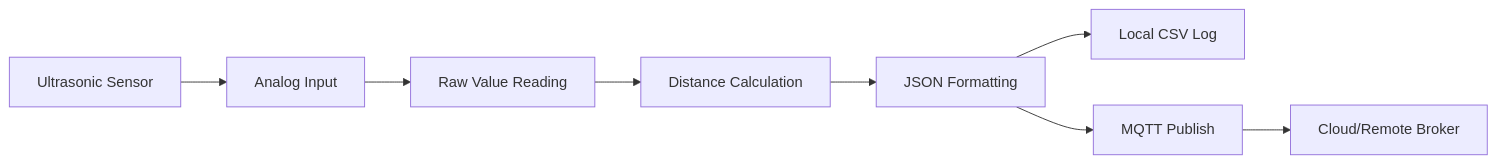
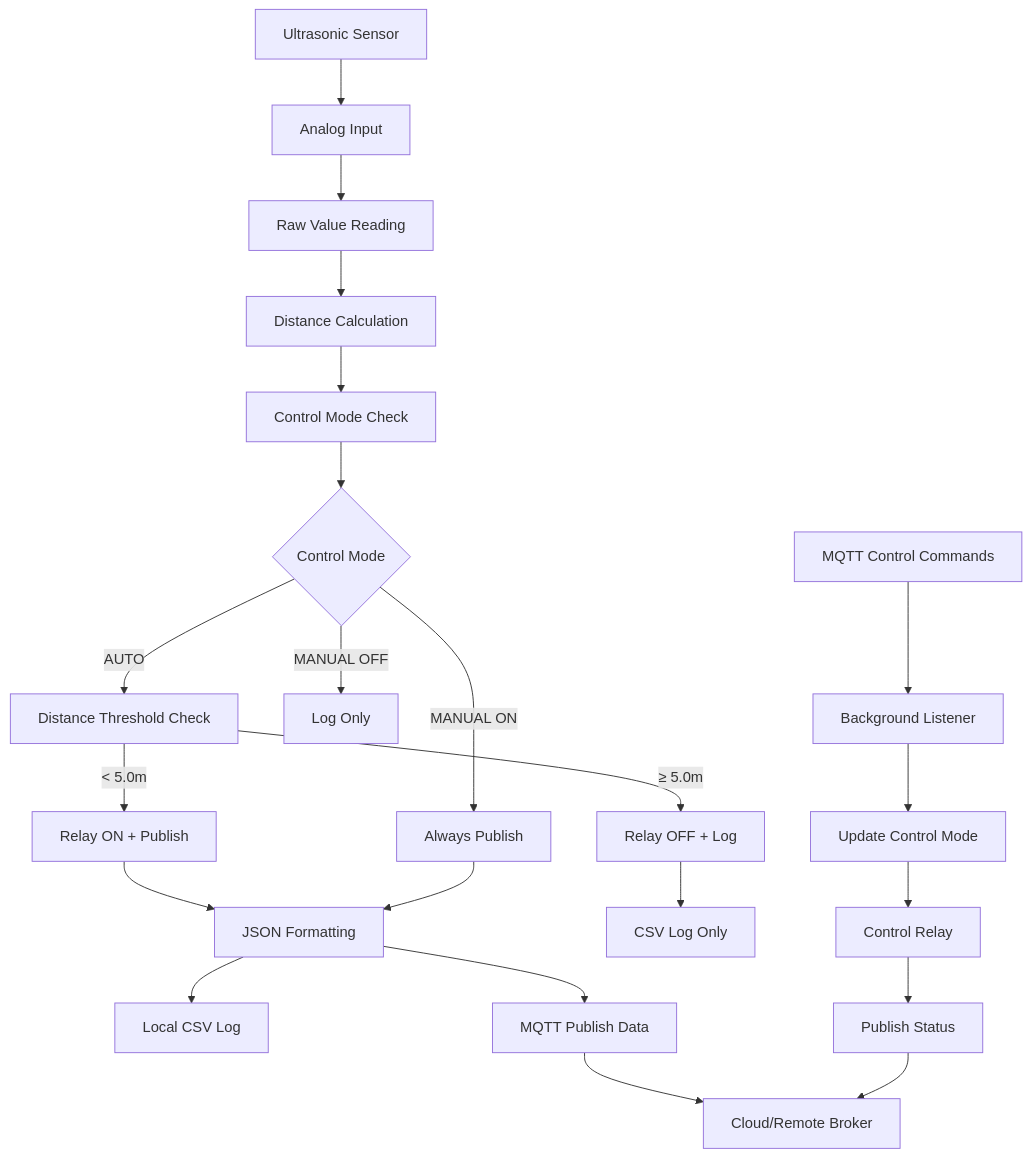
Before and after one commit to hanifr/maxbotic-ultrasonic-rpi-analog-cm4: the diagram in README.md, drawn with Mermaid. The commit also changed other lines of this file, not shown here.

````diff
--- a/README.md
+++ b/README.md
@@ -266,10 +360,30 @@
 ```mermaid
-graph LR
+graph TD
     A[Ultrasonic Sensor] --> B[Analog Input]
     B --> C[Raw Value Reading]
     C --> D[Distance Calculation]
-    D --> E[JSON Formatting]
-    E --> F[Local CSV Log]
-    E --> G[MQTT Publish]
-    G --> H[Cloud/Remote Broker]
+    D --> E[Control Mode Check]
+    
+    E --> F{Control Mode}
+    F -->|AUTO| G[Distance Threshold Check]
+    F -->|MANUAL ON| H[Always Publish]
+    F -->|MANUAL OFF| I[Log Only]
+    
+    G -->|< 5.0m| J[Relay ON + Publish]
+    G -->|≥ 5.0m| K[Relay OFF + Log]
+    
+    J --> L[JSON Formatting]
+    H --> L
+    K --> M[CSV Log Only]
+    
+    L --> N[Local CSV Log]
+    L --> O[MQTT Publish Data]
+    
+    P[MQTT Control Commands] --> Q[Background Listener]
+    Q --> R[Update Control Mode]
+    R --> S[Control Relay]
+    S --> T[Publish Status]
+    
+    O --> U[Cloud/Remote Broker]
+    T --> U
 ```
````
